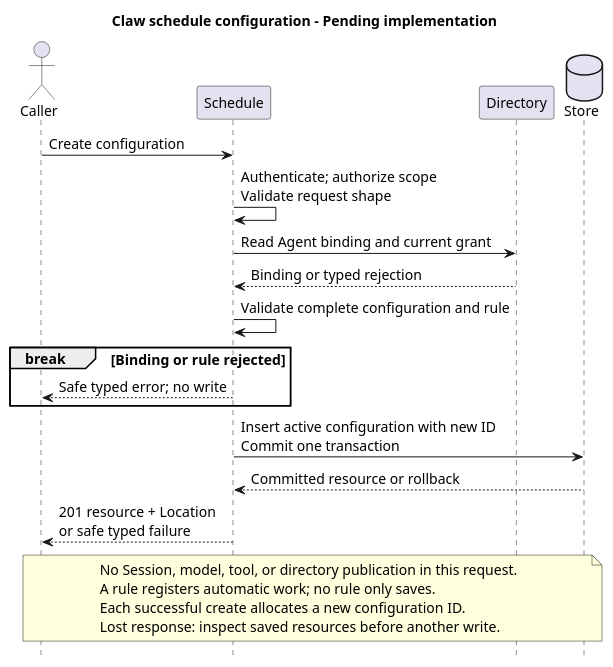
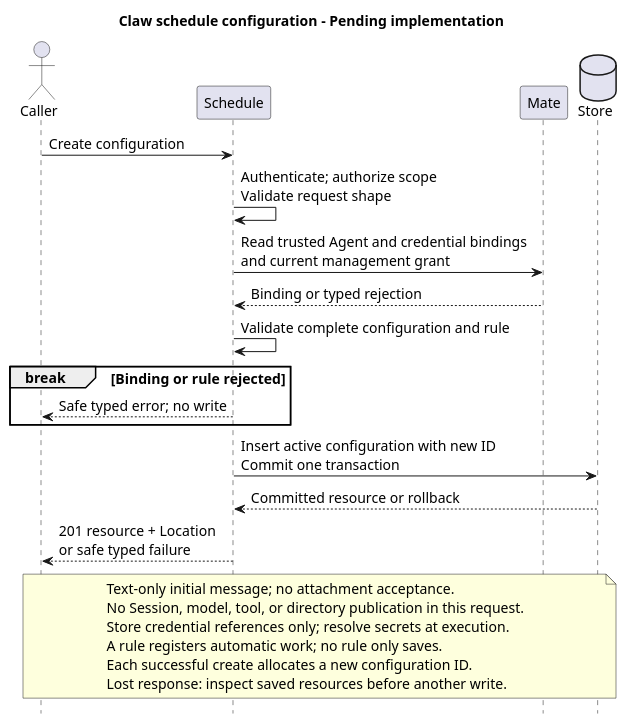
One commit to ssm0808/pi-mono-java-design changed the third of 4 diagrams in 01-总体架构/08-CampusClaw定时任务/diagram.puml. Above: the diagram before and after it, drawn with PlantUML. The commit also changed other lines of this file and 15 other files, not shown here.

Commit message:
docs(schedule): define noninteractive execution and Mate credentials

```diff
--- a/01-总体架构/08-CampusClaw定时任务/diagram.puml
+++ b/01-总体架构/08-CampusClaw定时任务/diagram.puml
@@ -138,33 +166,36 @@
 @startuml schedule_configuration_save
 ' Target: Pending implementation; Claw configuration request, no in-request execution.
 ' Evidence: pi-mono-java 553dcd5e2ff682f9684810a043b442b37a02e54a
 ' modules/cron/src/main/java/com/campusclaw/cron/CronService.java createJob
 ' modules/cron/src/main/java/com/campusclaw/cron/store/CronStore.java saveUnsafe
 ' modules/coding-agent-cli/src/main/java/com/campusclaw/codingagent/runtime/AgentRuntimeManager.java prepare
-' Design reason: durable independent creation and read-only binding checks.
+' Design reason: durable independent creation and read-only Mate binding checks.
+' Product constraint: text-only initial message; credentials remain references at rest.
 title Claw schedule configuration - Pending implementation
 skinparam backgroundColor white
 skinparam defaultFontSize 14
 hide footbox
 actor Caller
 participant Schedule
-participant Directory
+participant Mate
 database Store
 Caller -> Schedule : Create configuration
 Schedule -> Schedule : Authenticate; authorize scope\nValidate request shape
-Schedule -> Directory : Read Agent binding and current grant
-Directory --> Schedule : Binding or typed rejection
+Schedule -> Mate : Read trusted Agent and credential bindings\nand current management grant
+Mate --> Schedule : Binding or typed rejection
 Schedule -> Schedule : Validate complete configuration and rule
 break Binding or rule rejected
   Schedule --> Caller : Safe typed error; no write
 end
 Schedule -> Store : Insert active configuration with new ID\nCommit one transaction
 Store --> Schedule : Committed resource or rollback
 Schedule --> Caller : 201 resource + Location\nor safe typed failure
 note over Caller, Store
+  Text-only initial message; no attachment acceptance.
   No Session, model, tool, or directory publication in this request.
+  Store credential references only; resolve secrets at execution.
   A rule registers automatic work; no rule only saves.
   Each successful create allocates a new configuration ID.
   Lost response: inspect saved resources before another write.
 end note
 @enduml
```
